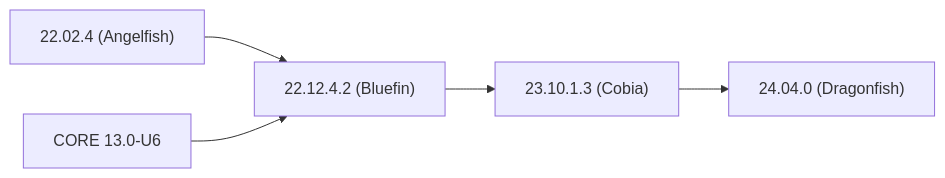
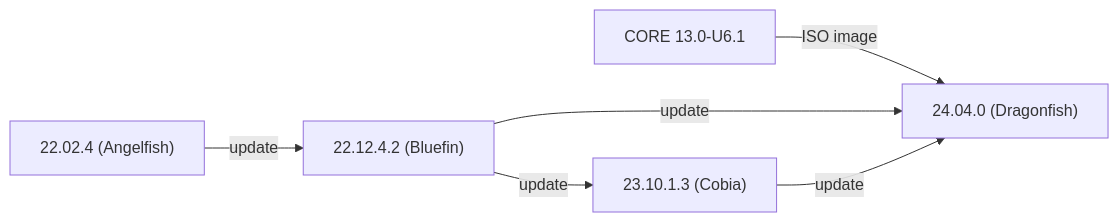
The first of 2 diagrams in content/SCALE/GettingStarted/SCALEReleaseNotes.md (truenas/documentation), drawn with Mermaid before and after one commit. The commit also changed other lines of this file and 8 other files, not shown here.

```diff
--- a/content/SCALE/GettingStarted/SCALEReleaseNotes.md
+++ b/content/SCALE/GettingStarted/SCALEReleaseNotes.md
@@ -78,9 +71,10 @@
 {{< mermaid class="mermaid_sizing" >}}
 flowchart LR
 
-A["22.02.4 (Angelfish)"] --> C
-B[CORE 13.0-U6] --> C
-C["22.12.4.2 (Bluefin)"] --> D
-D["23.10.1.3 (Cobia)"] --> E
+A["22.02.4 (Angelfish)"] -->|update| C
+B[CORE 13.0-U6.1] -->|ISO image| E
+C["22.12.4.2 (Bluefin)"] -->|update| D
+C["22.12.4.2 (Bluefin)"] -->|update| E
+D["23.10.1.3 (Cobia)"] -->|update| E
 E["24.04.0 (Dragonfish)"]
 {{< /mermaid >}}
```
